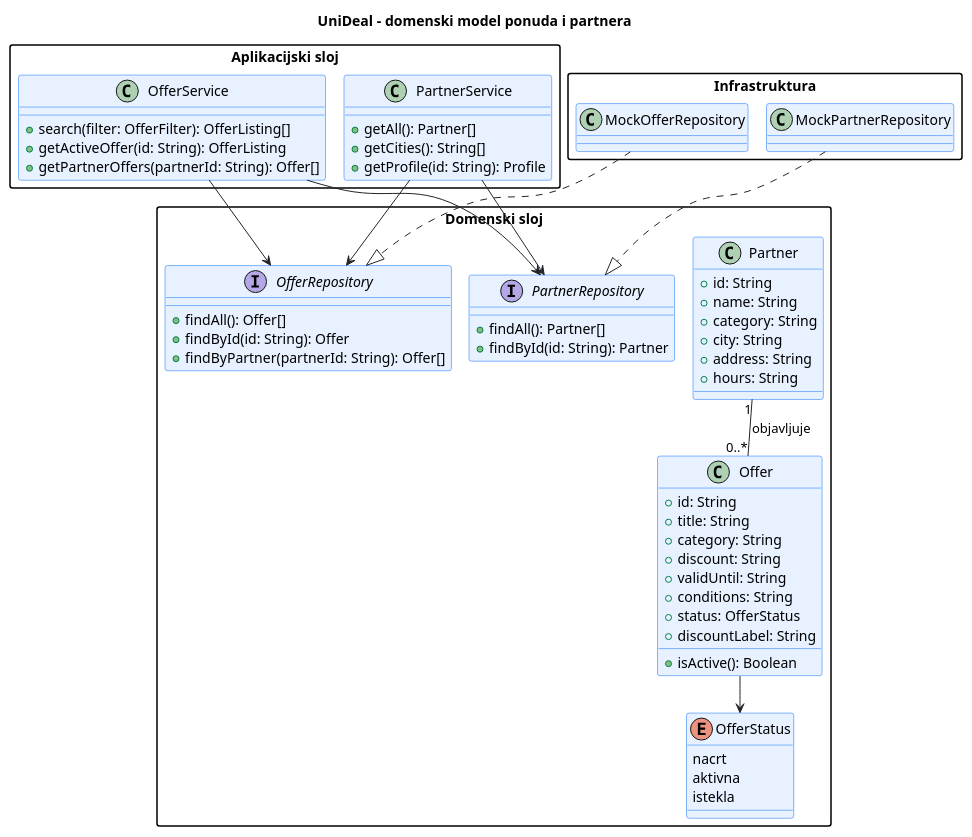
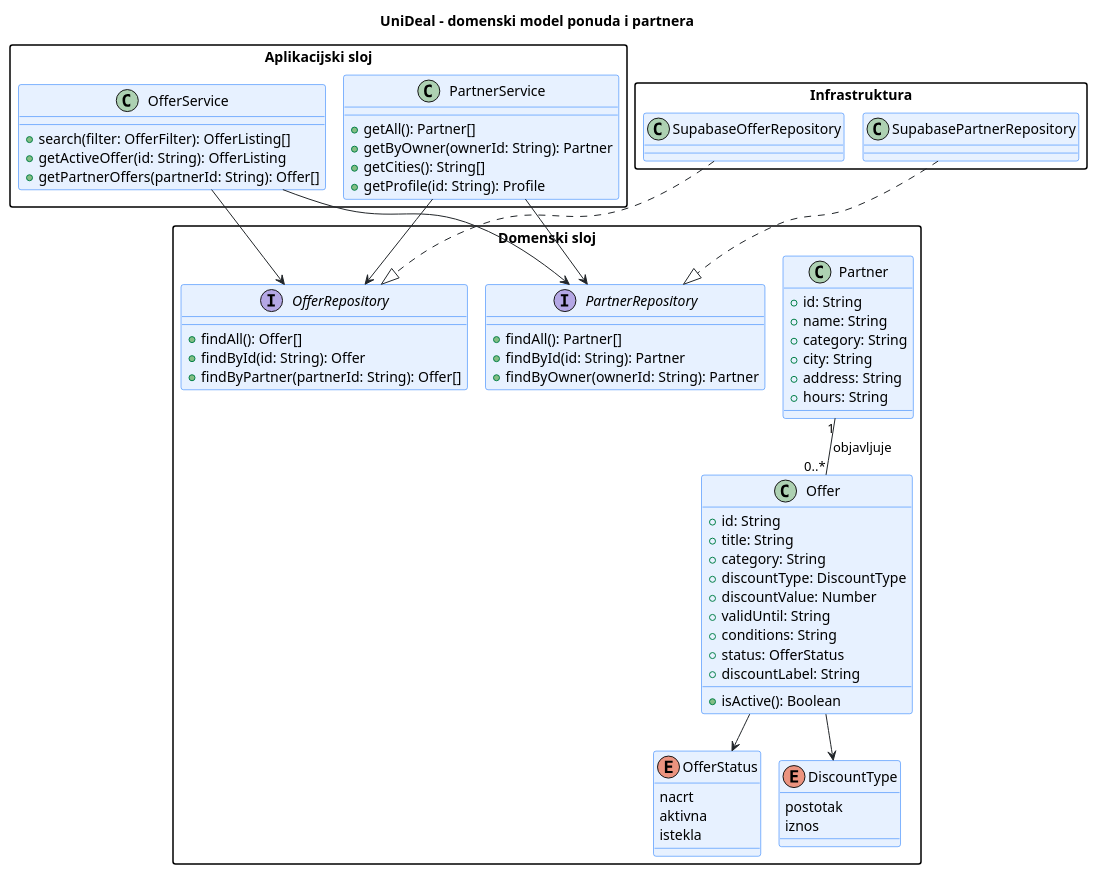
The diagram in docs/puml/4-3-unideal-domain-CD.puml (matejban/UniDeal), drawn with PlantUML before and after one commit. The commit also changed 14 other files, not shown here.

```diff
--- a/docs/puml/4-3-unideal-domain-CD.puml
+++ b/docs/puml/4-3-unideal-domain-CD.puml
@@ -13,80 +13,88 @@
 @startuml
 !pragma layout smetana
 title UniDeal – domenski model ponuda i partnera
 
 skinparam shadowing false
 skinparam defaultFontName Arial
 skinparam packageStyle rectangle
 skinparam ArrowColor #212529
 
 skinparam class {
     BackgroundColor #E7F1FF
     BorderColor #0D6EFD
 }
 
 package "Aplikacijski sloj" {
     class OfferService {
         +search(filter: OfferFilter): OfferListing[]
         +getActiveOffer(id: String): OfferListing
         +getPartnerOffers(partnerId: String): Offer[]
     }
     class PartnerService {
         +getAll(): Partner[]
+        +getByOwner(ownerId: String): Partner
         +getCities(): String[]
         +getProfile(id: String): Profile
     }
 }
 
 package "Domenski sloj" {
     enum OfferStatus {
         nacrt
         aktivna
         istekla
     }
+    enum DiscountType {
+        postotak
+        iznos
+    }
     class Offer {
         +id: String
         +title: String
         +category: String
-        +discount: String
+        +discountType: DiscountType
+        +discountValue: Number
         +validUntil: String
         +conditions: String
         +status: OfferStatus
         +isActive(): Boolean
         +discountLabel: String
     }
     class Partner {
         +id: String
         +name: String
         +category: String
         +city: String
         +address: String
         +hours: String
     }
     interface OfferRepository {
         +findAll(): Offer[]
         +findById(id: String): Offer
         +findByPartner(partnerId: String): Offer[]
     }
     interface PartnerRepository {
         +findAll(): Partner[]
         +findById(id: String): Partner
+        +findByOwner(ownerId: String): Partner
     }
 }
 
 package "Infrastruktura" {
-    class MockOfferRepository
-    class MockPartnerRepository
+    class SupabaseOfferRepository
+    class SupabasePartnerRepository
 }
 
 Partner "1" -- "0..*" Offer : objavljuje >
 Offer --> OfferStatus
+Offer --> DiscountType
 
 OfferService --> OfferRepository
 OfferService --> PartnerRepository
 PartnerService --> PartnerRepository
 PartnerService --> OfferRepository
 
-MockOfferRepository ..|> OfferRepository
-MockPartnerRepository ..|> PartnerRepository
+SupabaseOfferRepository ..|> OfferRepository
+SupabasePartnerRepository ..|> PartnerRepository
 
 @enduml
```
